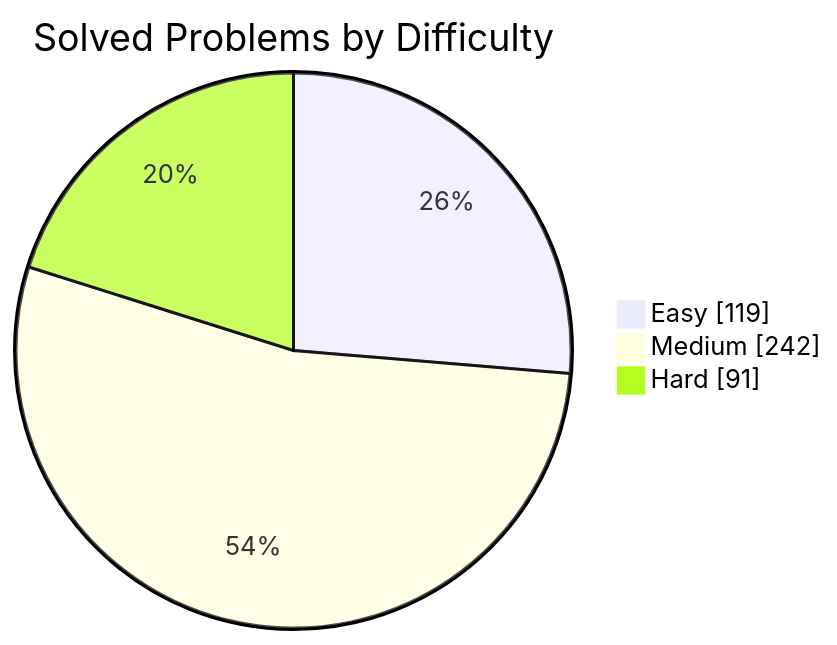
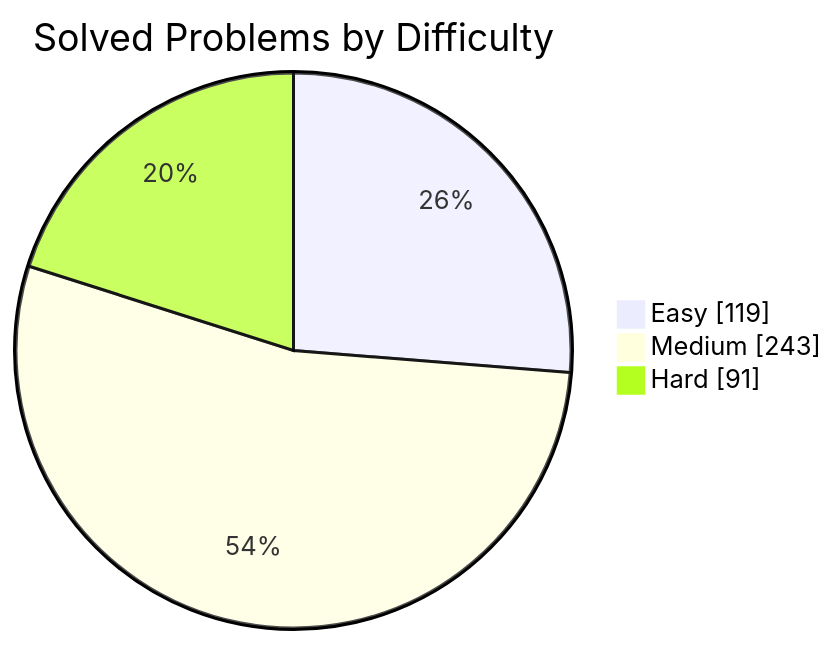
Before and after one commit to manikantbindass/DSA-Preparation-FAANG: the first of 2 diagrams in README.md, drawn with Mermaid. The commit also changed other lines of this file and 1 other file, not shown here.

````diff
--- a/README.md
+++ b/README.md
@@ -77,7 +77,7 @@
 ```mermaid
 pie showData
     title Solved Problems by Difficulty
     "Easy" : 119
-    "Medium" : 242
+    "Medium" : 243
     "Hard" : 91
 ```
````
